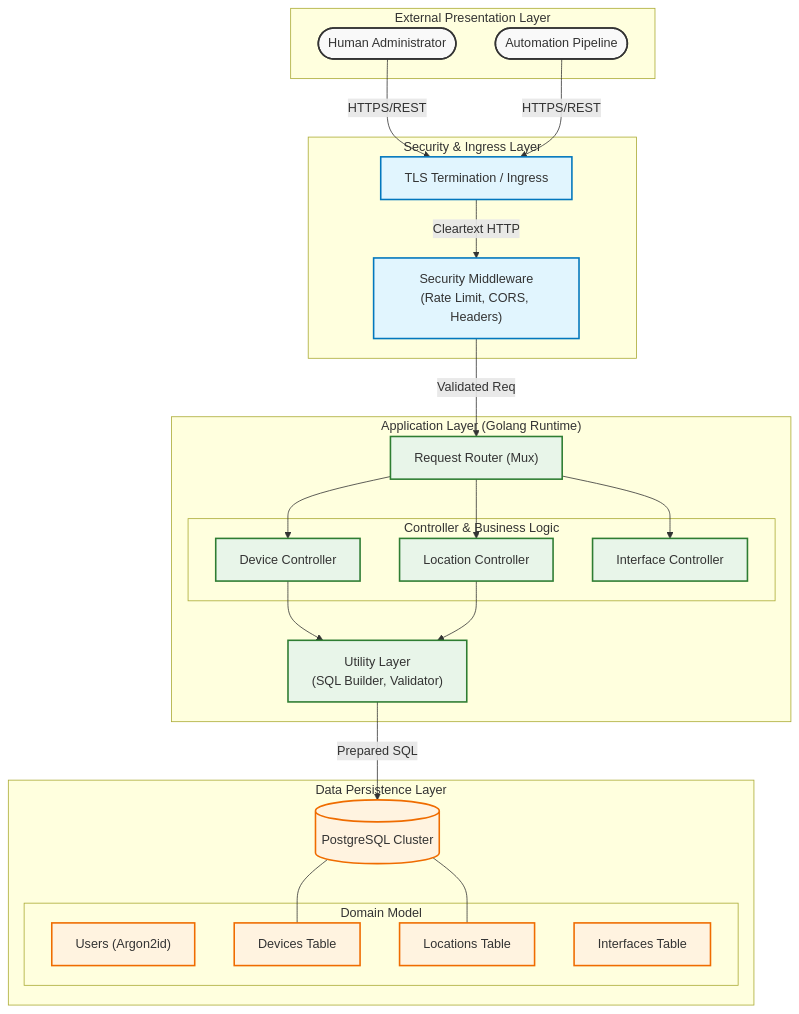
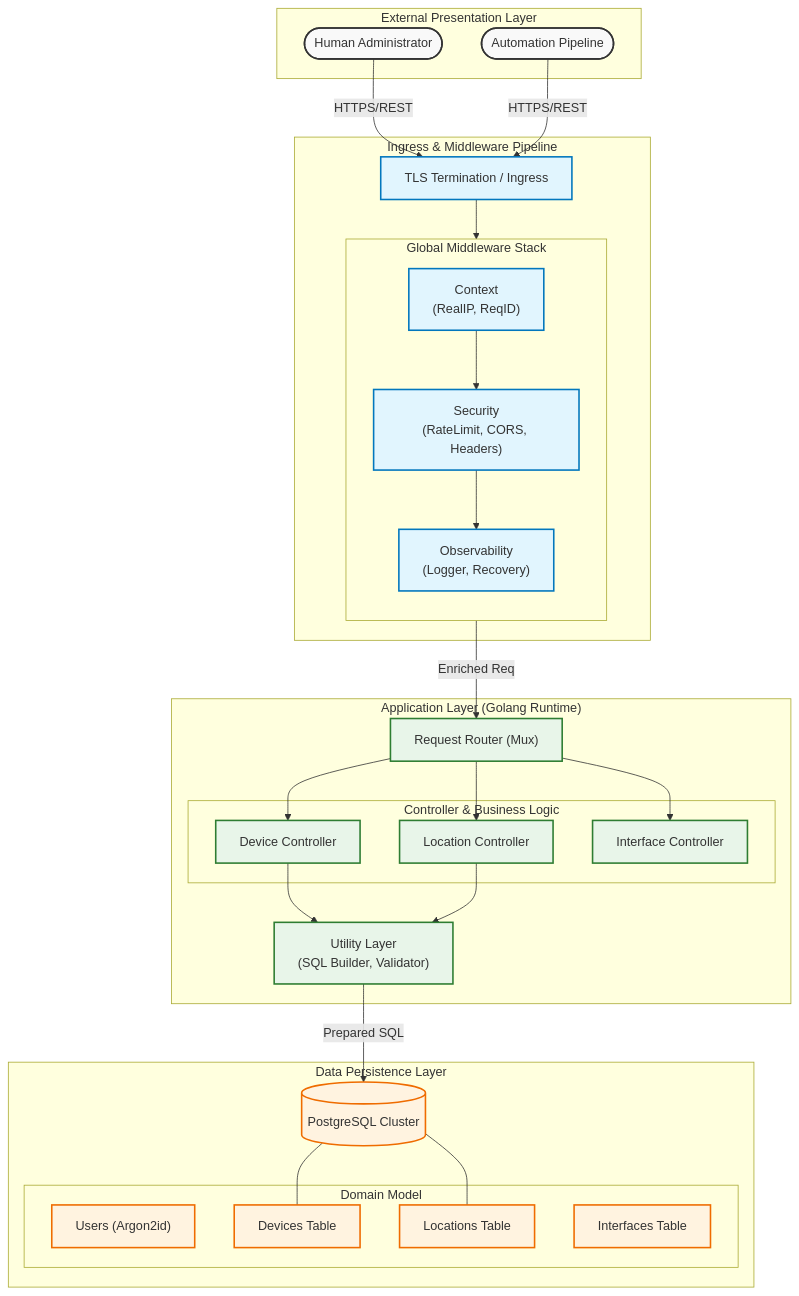
One commit to YasinEnginExpert/REST-API changed the diagram in README.md. Above: the diagram before and after it, drawn with Mermaid. The commit also changed other lines of this file and 23 other files, not shown here.

````diff
--- a/README.md
+++ b/README.md
@@ -44,63 +44,71 @@
 ```mermaid
 graph TB
     %% Definitions
     classDef client fill:#f9f9f9,stroke:#333,stroke-width:2px;
     classDef security fill:#e1f5fe,stroke:#0277bd,stroke-width:2px;
     classDef logic fill:#e8f5e9,stroke:#2e7d32,stroke-width:2px;
     classDef data fill:#fff3e0,stroke:#ef6c00,stroke-width:2px;
 
     subgraph "External Presentation Layer"
         User(["Human Administrator"])
         Auto(["Automation Pipeline"])
     end
 
-    subgraph "Security & Ingress Layer"
+    subgraph "Ingress & Middleware Pipeline"
         LB["TLS Termination / Ingress"]
-        MW_Sec["Security Middleware<br/>(Rate Limit, CORS, Headers)"]
+        
+        subgraph "Global Middleware Stack"
+            direction TB
+            MW_Ctx["Context<br/>(RealIP, ReqID)"]
+            MW_Sec["Security<br/>(RateLimit, CORS, Headers)"]
+            MW_Ops["Observability<br/>(Logger, Recovery)"]
+        end
     end
 
     subgraph "Application Layer (Golang Runtime)"
         Router["Request Router (Mux)"]
         
         subgraph "Controller & Business Logic"
             Ctrl_Dev["Device Controller"]
             Ctrl_Loc["Location Controller"]
             Ctrl_Int["Interface Controller"]
         end
         
         Utils["Utility Layer<br/>(SQL Builder, Validator)"]
     end
 
     subgraph "Data Persistence Layer"
         DB[("PostgreSQL Cluster")]
         subgraph "Domain Model"
             T_User["Users (Argon2id)"]
             T_Dev["Devices Table"]
             T_Loc["Locations Table"]
             T_Int["Interfaces Table"]
         end
     end
 
     class User,Auto client;
-    class LB,MW_Sec security;
+    class LB,MW_Ctx,MW_Sec,MW_Ops security;
     class Router,Ctrl_Dev,Ctrl_Loc,Ctrl_Int,Utils logic;
     class DB,T_User,T_Dev,T_Loc,T_Int data;
 
     %% Connections
     User -->|HTTPS/REST| LB
     Auto -->|HTTPS/REST| LB
-    LB -->|Cleartext HTTP| MW_Sec
-    MW_Sec -->|Validated Req| Router
+    LB --> MW_Ctx
+    MW_Ctx --> MW_Sec
+    MW_Sec --> MW_Ops
+    MW_Ops -->|Enriched Req| Router
     
     Router --> Ctrl_Dev
     Router --> Ctrl_Loc
     Router --> Ctrl_Int
     
     Ctrl_Dev --> Utils
     Ctrl_Loc --> Utils
     
     Utils -->|Prepared SQL| DB
     
     DB --- T_Dev
     DB --- T_Loc
 ```
````
